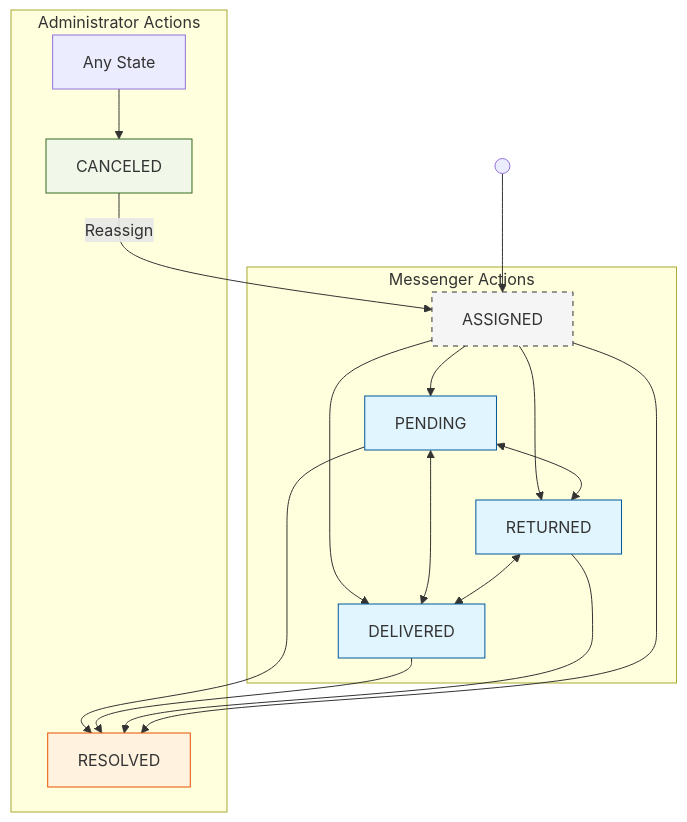
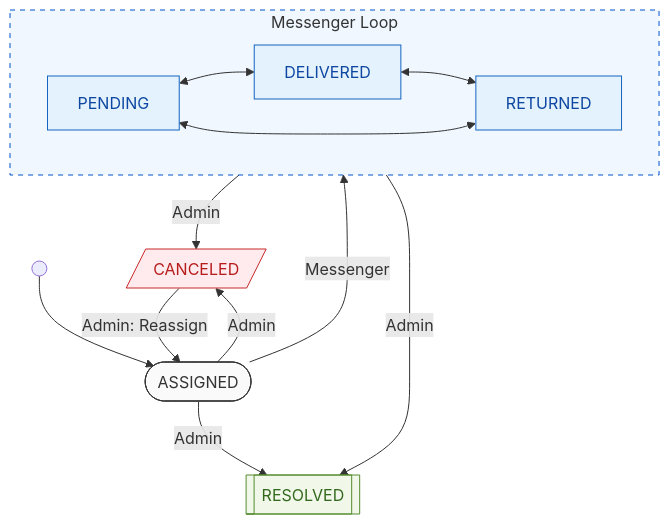
One commit to fttmatteo/messenger-backend changed the third of 4 diagrams in README.md. Above: the diagram before and after it, drawn with Mermaid. The commit also changed other lines of this file and 3 other files, not shown here.

Commit message:
docs: Refactor Mermaid diagrams in READMEs and add timezone setup to tests for consistency.

````diff
--- a/README.md
+++ b/README.md
@@ -471,35 +486,46 @@
 ```mermaid
 flowchart TD
-    START(( )) --> ASSIGNED[ASSIGNED]
-    
-    subgraph MESSENGER ["Messenger Actions"]
-        ASSIGNED --> PENDING[PENDING]
-        ASSIGNED --> DELIVERED[DELIVERED]
-        ASSIGNED --> RETURNED[RETURNED]
+    %% Entry
+    S(( )) --> ASSIGNED([ASSIGNED])
+
+    %% Operational Loop (Blue)
+    subgraph OPERATIONAL [Messenger Loop]
+        direction LR
+        PENDING[PENDING]
+        DELIVERED[DELIVERED]
+        RETURNED[RETURNED]
         
-        PENDING <--> RETURNED
         PENDING <--> DELIVERED
-        RETURNED <--> DELIVERED
+        DELIVERED <--> RETURNED
+        RETURNED <--> PENDING
     end
 
-    subgraph ADMIN ["Administrator Actions"]
-        PENDING --> RESOLVED[RESOLVED]
-        DELIVERED --> RESOLVED
-        RETURNED --> RESOLVED
-        ASSIGNED --> RESOLVED
-        
-        ANY[Any State] --> CANCELED[CANCELED]
-        CANCELED -->|Reassign| ASSIGNED
-    end
+    %% Administrative Transitions (Red/Green)
+    CANCELED[/CANCELED/]
+    RESOLVED[[RESOLVED]]
 
-    %% Documentation Links
-    classDef initial fill:#f5f5f5,stroke:#333,stroke-dasharray: 5 5
-    classDef messenger fill:#e1f5fe,stroke:#01579b
-    classDef admin fill:#f1f8e9,stroke:#33691e
-    classDef final fill:#fff3e0,stroke:#e65100
+    %% Primary Flows
+    ASSIGNED -- "Messenger" --> OPERATIONAL
     
+    %% Exit arrows (Admin Only)
+    ASSIGNED -- "Admin" --> CANCELED
+    ASSIGNED -- "Admin" --> RESOLVED
+    
+    OPERATIONAL -- "Admin" --> CANCELED
+    OPERATIONAL -- "Admin" --> RESOLVED
+
+    %% Reassign Path
+    CANCELED -- "Admin: Reassign" --> ASSIGNED
+
+    %% Styling
+    style OPERATIONAL fill:#f0f7ff,stroke:#0052cc,stroke-dasharray: 5 5
+    classDef messenger fill:#e3f2fd,stroke:#1565c0,color:#0d47a1
+    classDef cancel fill:#ffebee,stroke:#c62828,color:#b71c1c
+    classDef resolve fill:#f1f8e9,stroke:#558b2f,color:#33691e
+    classDef initial fill:#fafafa,stroke:#333
+    
+    class PENDING,DELIVERED,RETURNED messenger
+    class CANCELED cancel
+    class RESOLVED resolve
     class ASSIGNED initial
-    class PENDING,DELIVERED,RETURNED messenger
-    class CANCELED admin
-    class RESOLVED final
 ```
````
